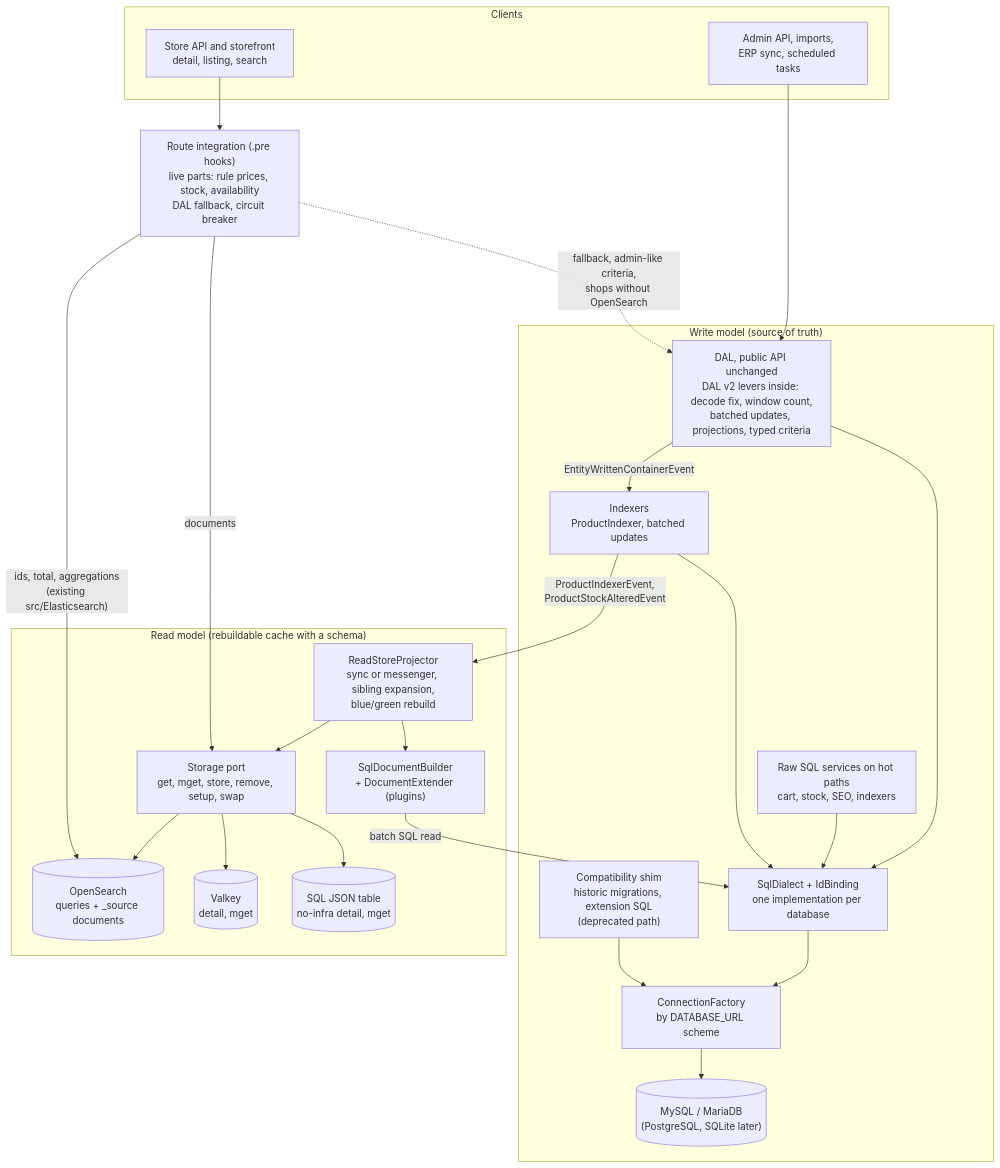
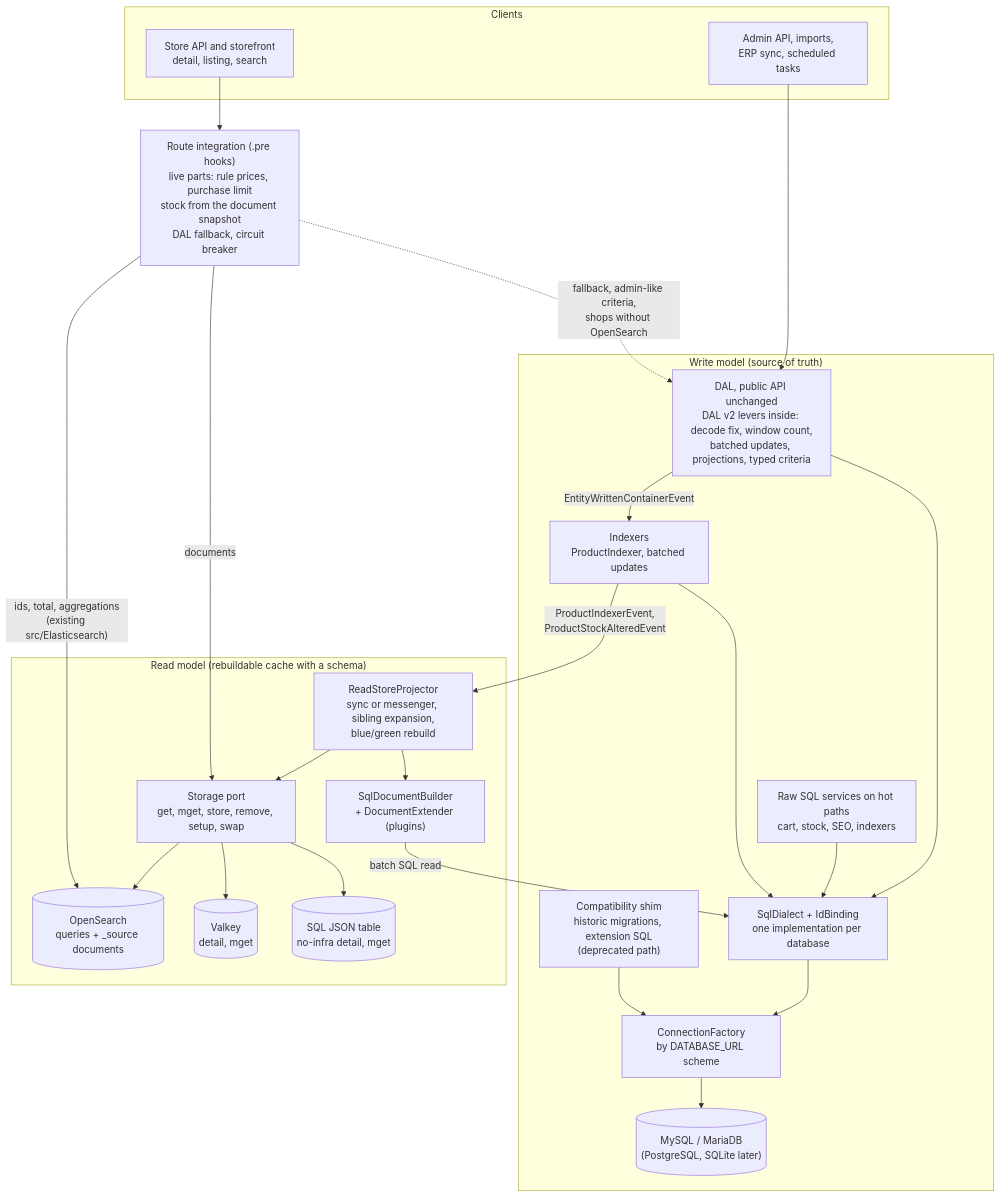
One commit to BrocksiNet/shopware-db-independent changed the diagram in docs/46-target-architecture.md. Above: the diagram before and after it, drawn with Mermaid. The commit also changed other lines of this file and 7 other files, not shown here.

````diff
--- a/docs/46-target-architecture.md
+++ b/docs/46-target-architecture.md
@@ -23,50 +23,50 @@
 ```mermaid
 flowchart TD
     subgraph clients["Clients"]
         ADMIN["Admin API, imports,<br/>ERP sync, scheduled tasks"]
         STORE["Store API and storefront<br/>detail, listing, search"]
     end
 
     subgraph write["Write model (source of truth)"]
         DAL["DAL, public API unchanged<br/>DAL v2 levers inside: decode fix, window count,<br/>batched updates, projections, typed criteria"]
         RAW["Raw SQL services on hot paths<br/>cart, stock, SEO, indexers"]
         IDX["Indexers<br/>ProductIndexer, batched updates"]
         DIALECT["SqlDialect + IdBinding<br/>one implementation per database"]
         SHIM["Compatibility shim<br/>historic migrations, extension SQL<br/>(deprecated path)"]
         CF["ConnectionFactory<br/>by DATABASE_URL scheme"]
         SQL[("MySQL / MariaDB<br/>(PostgreSQL, SQLite later)")]
     end
 
     subgraph read["Read model (rebuildable cache with a schema)"]
         PROJ["ReadStoreProjector<br/>sync or messenger, sibling expansion,<br/>blue/green rebuild"]
         BUILD["SqlDocumentBuilder<br/>+ DocumentExtender (plugins)"]
         PORT["Storage port<br/>get, mget, store, remove, setup, swap"]
         OSS[("OpenSearch<br/>queries + _source documents")]
         VK[("Valkey<br/>detail, mget")]
         SJ[("SQL JSON table<br/>no-infra detail, mget")]
     end
 
-    GW["Route integration (.pre hooks)<br/>live parts: rule prices, stock, availability<br/>DAL fallback, circuit breaker"]
+    GW["Route integration (.pre hooks)<br/>live parts: rule prices, purchase limit<br/>stock from the document snapshot<br/>DAL fallback, circuit breaker"]
 
     ADMIN --> DAL
     DAL --> DIALECT
     RAW --> DIALECT
     IDX --> DIALECT
     DIALECT --> CF
     SHIM --> CF
     CF --> SQL
 
     DAL -- "EntityWrittenContainerEvent" --> IDX
     IDX -- "ProductIndexerEvent,<br/>ProductStockAlteredEvent" --> PROJ
     PROJ --> BUILD
     BUILD -- "batch SQL read" --> DIALECT
     PROJ --> PORT
     PORT --> OSS
     PORT --> VK
     PORT --> SJ
 
     STORE --> GW
     GW -- "ids, total, aggregations<br/>(existing src/Elasticsearch)" --> OSS
     GW -- "documents" --> PORT
     GW -. "fallback, admin-like criteria,<br/>shops without OpenSearch" .-> DAL
 ```
````
